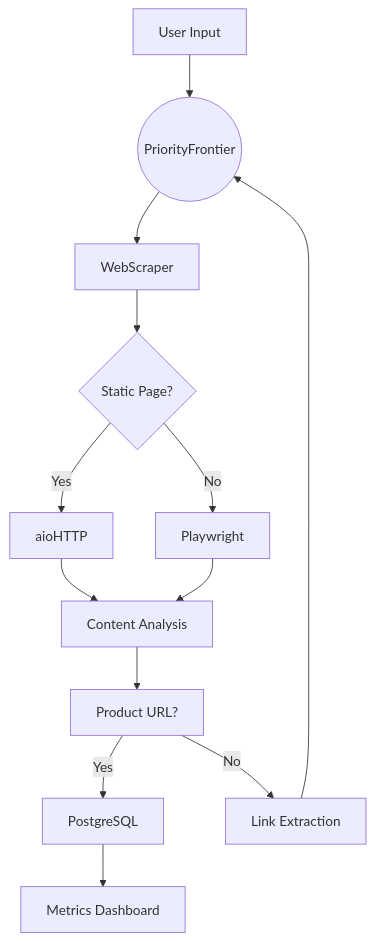
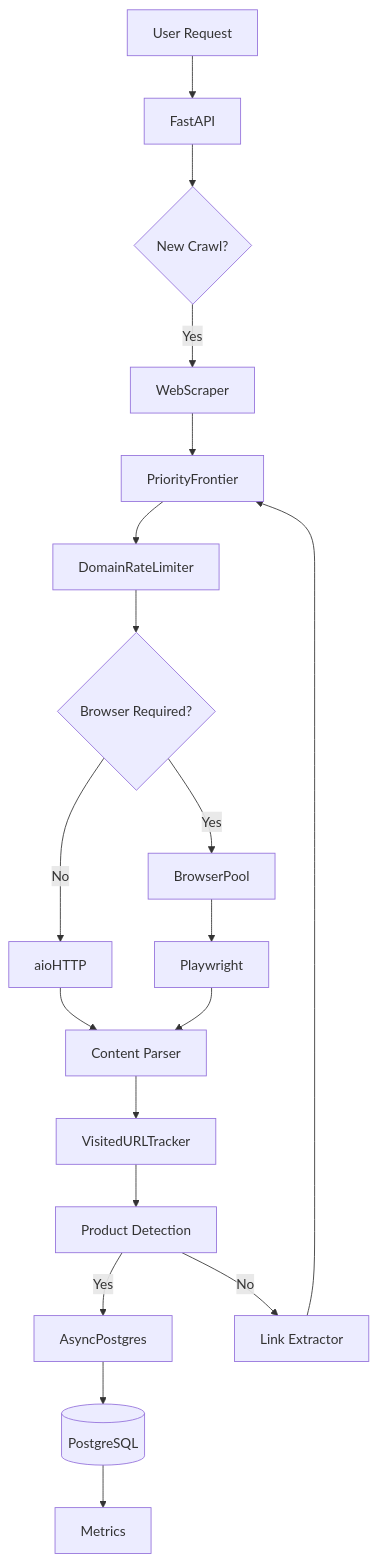
One commit to makkarss929/WEB_CRAWLER changed the first of 2 diagrams in README.md. Above: the diagram before and after it, drawn with Mermaid. The commit also changed other lines of this file and 2 other files, not shown here.

````diff
--- a/README.md
+++ b/README.md
@@ -51,14 +51,20 @@
 ```mermaid
 graph TD
-    A[User Input] --> B((PriorityFrontier))
-    B --> C[WebScraper]
-    C --> D{Static Page?}
-    D -->|Yes| E[aioHTTP]
-    D -->|No| F[Playwright]
-    E & F --> G[Content Analysis]
-    G --> H[Product URL?]
-    H -->|Yes| I[PostgreSQL]
-    H -->|No| J[Link Extraction]
-    J --> B
-    I --> K[Metrics Dashboard]
+    A[User Request] --> B[FastAPI]
+    B --> C{New Crawl?}
+    C -->|Yes| D[WebScraper]
+    D --> E[PriorityFrontier]
+    E --> F[DomainRateLimiter]
+    F --> G{Browser Required?}
+    G -->|Yes| H[BrowserPool]
+    G -->|No| I[aioHTTP]
+    H --> J[Playwright]
+    I & J --> K[Content Parser]
+    K --> L[VisitedURLTracker]
+    L --> M[Product Detection]
+    M -->|Yes| N[AsyncPostgres]
+    M -->|No| O[Link Extractor]
+    O --> E
+    N --> P[(PostgreSQL)]
+    P --> Q[Metrics]
 ```
````
